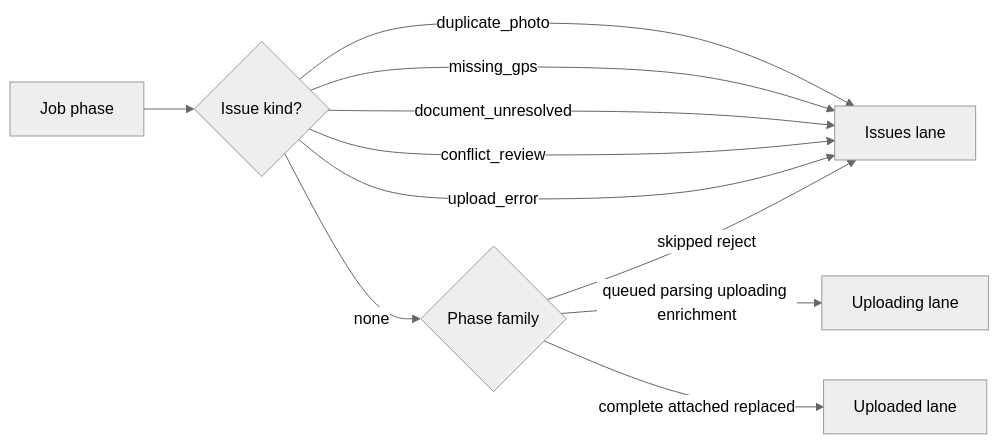
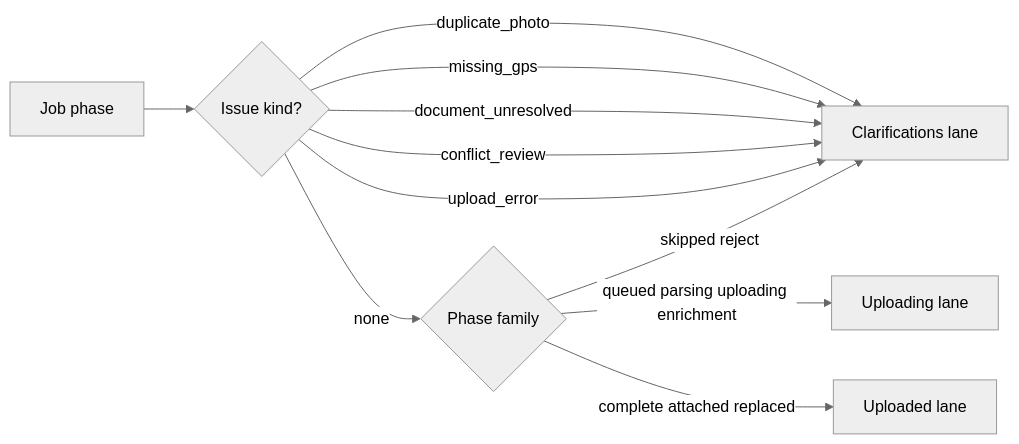
The second of 2 diagrams in docs/specs/component/upload/upload-panel.status-mapping.supplement.md (matkleve/feldpost), drawn with Mermaid (neutral theme) before and after one commit. The commit also changed other lines of this file and 55 other files, not shown here.

First line of the commit message:
refactor: rename the upload lane from issues to clarifications

````diff
--- a/docs/specs/component/upload/upload-panel.status-mapping.supplement.md
+++ b/docs/specs/component/upload/upload-panel.status-mapping.supplement.md
@@ -70,13 +70,13 @@
 ```mermaid
 flowchart LR
   A[Job phase] --> B{Issue kind?}
-  B -->|duplicate_photo| C[Issues lane]
+  B -->|duplicate_photo| C[Clarifications lane]
   B -->|missing_gps| C
   B -->|document_unresolved| C
   B -->|conflict_review| C
   B -->|upload_error| C
   B -->|none| D{Phase family}
   D -->|queued parsing uploading enrichment| E[Uploading lane]
   D -->|complete attached replaced| F[Uploaded lane]
   D -->|skipped reject| C
 ```
````
